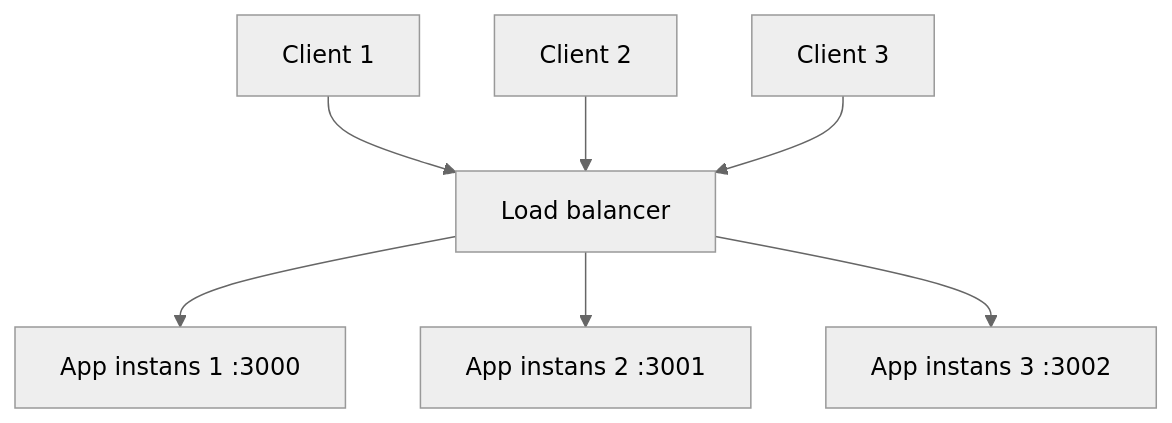
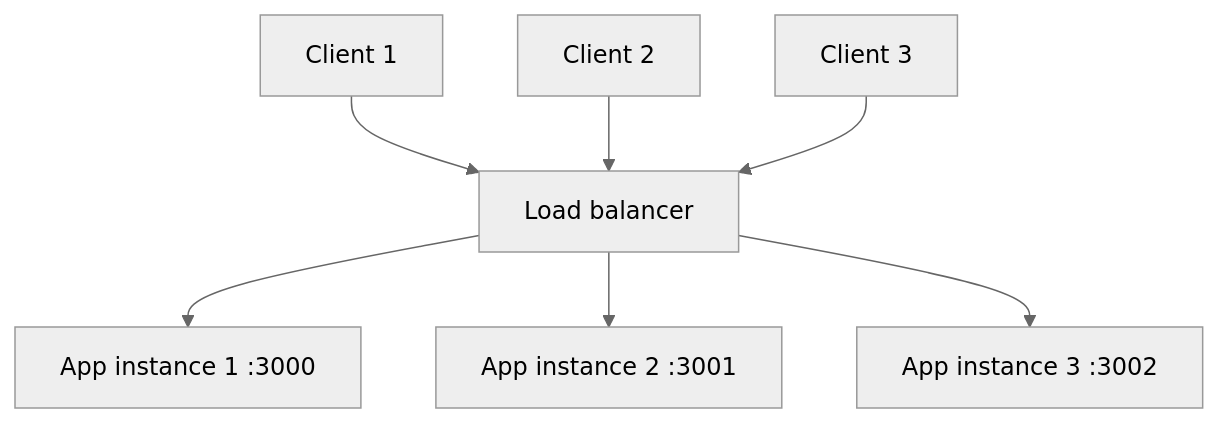
One commit to Mercantec-GHC/deploy-or-die-anbo0005 changed the second of 7 diagrams in docs/notes/day5-reverse-proxy-release.md. Above: the diagram before and after it, drawn with Mermaid (neutral theme). The commit also changed other lines of this file and 8 other files, not shown here.

````diff
--- a/docs/notes/day5-reverse-proxy-release.md
+++ b/docs/notes/day5-reverse-proxy-release.md
@@ -89,9 +89,9 @@
 ```mermaid
 graph TD
     C1[Client 1] --> LB[Load balancer]
     C2[Client 2] --> LB
     C3[Client 3] --> LB
-    LB --> A1[App instans 1 :3000]
-    LB --> A2[App instans 2 :3001]
-    LB --> A3[App instans 3 :3002]
+    LB --> A1[App instance 1 :3000]
+    LB --> A2[App instance 2 :3001]
+    LB --> A3[App instance 3 :3002]
 ```
````
